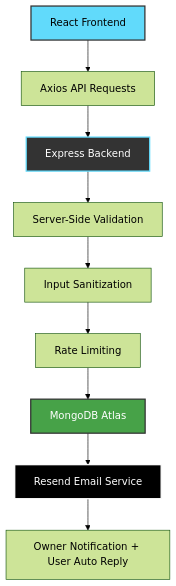
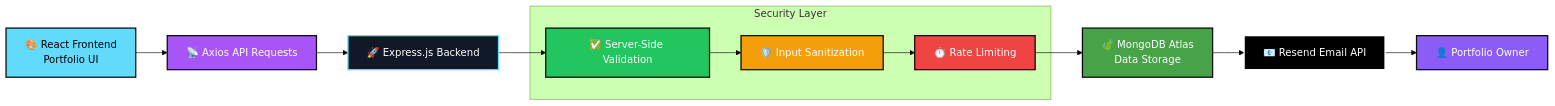
Before and after one commit to AaiswaryaPM/Fullstack-Portfolio: the diagram in README.md, drawn with Mermaid (forest theme). The commit also changed other lines of this file, not shown here.

````diff
--- a/README.md
+++ b/README.md
@@ -201,16 +214,33 @@
 ```mermaid
-graph TD
-    A[React Frontend] --> B[Axios API Requests]
-    B --> C[Express Backend]
-    C --> D[Server-Side Validation]
-    D --> E[Input Sanitization]
-    E --> F[Rate Limiting]
-    F --> G[MongoDB Atlas]
-    G --> H[Resend Email Service]
-    H --> I[Owner Notification + User Auto Reply]
+flowchart LR
 
-    style A fill:#61DAFB,stroke:#333,stroke-width:2px,color:#000
-    style C fill:#333,stroke:#61DAFB,stroke-width:2px,color:#fff
-    style G fill:#47A248,stroke:#333,stroke-width:2px,color:#fff
-    style H fill:#000,stroke:#fff,stroke-width:2px,color:#fff
+    A["🎨 React Frontend<br/>Portfolio UI"] --> B["📡 Axios API Requests"]
+
+    B --> C["🚀 Express.js Backend"]
+
+    subgraph Security Layer
+        D["✅ Server-Side Validation"]
+        E["🛡️ Input Sanitization"]
+        F["⏱️ Rate Limiting"]
+    end
+
+    C --> D
+    D --> E
+    E --> F
+
+    F --> G["🍃 MongoDB Atlas<br/>Data Storage"]
+
+    G --> H["📧 Resend Email API"]
+
+    H --> I["👤 Portfolio Owner"]
+
+    style A fill:#61DAFB,color:#000,stroke:#0A0A0A,stroke-width:2px
+    style B fill:#A855F7,color:#fff,stroke:#0A0A0A,stroke-width:2px
+    style C fill:#111827,color:#fff,stroke:#61DAFB,stroke-width:2px
+    style D fill:#22C55E,color:#fff,stroke:#0A0A0A,stroke-width:2px
+    style E fill:#F59E0B,color:#fff,stroke:#0A0A0A,stroke-width:2px
+    style F fill:#EF4444,color:#fff,stroke:#0A0A0A,stroke-width:2px
+    style G fill:#47A248,color:#fff,stroke:#0A0A0A,stroke-width:2px
+    style H fill:#000000,color:#fff,stroke:#FFFFFF,stroke-width:2px
+    style I fill:#8B5CF6,color:#fff,stroke:#0A0A0A,stroke-width:2px
 ```
````
